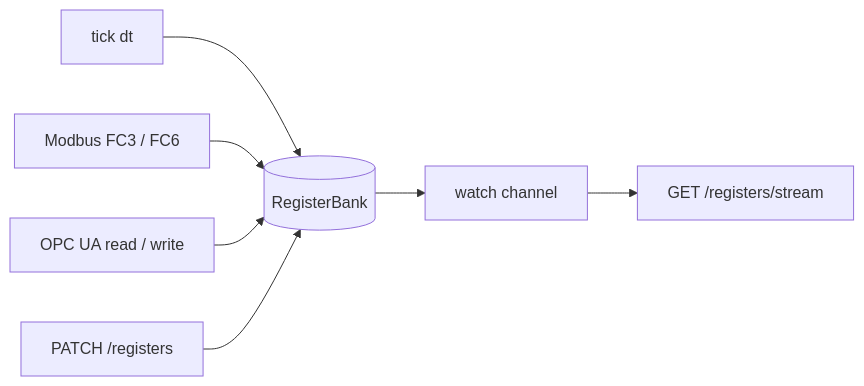
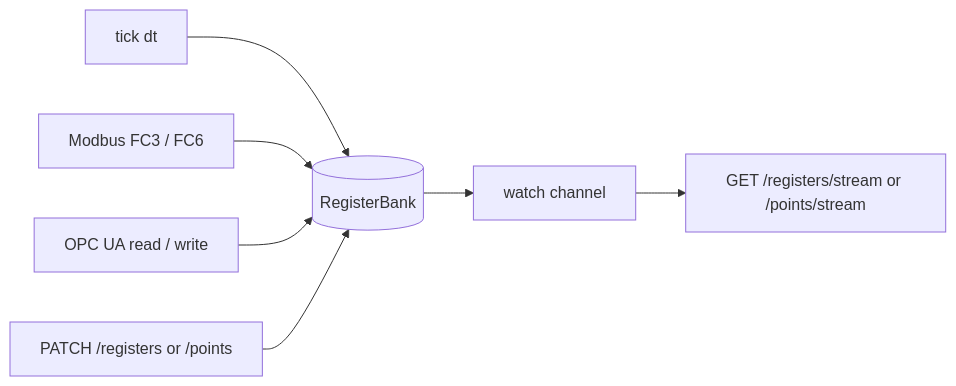
Before and after one commit to obsidia-systems/simbus: the fifth of 7 diagrams in docs/architecture.md, drawn with Mermaid. The commit also changed 30 other files, not shown here.

````diff
--- a/docs/architecture.md
+++ b/docs/architecture.md
@@ -166,9 +166,9 @@
 ```mermaid
 flowchart LR
     tick[tick dt] --> bank[(RegisterBank)]
     mb[Modbus FC3 / FC6] --> bank
     ua[OPC UA read / write] --> bank
-    patch[PATCH /registers] --> bank
+    patch[PATCH /registers or /points] --> bank
     bank --> sse[watch channel]
-    sse --> stream[GET /registers/stream]
+    sse --> stream["GET /registers/stream or /points/stream"]
 ```
````
